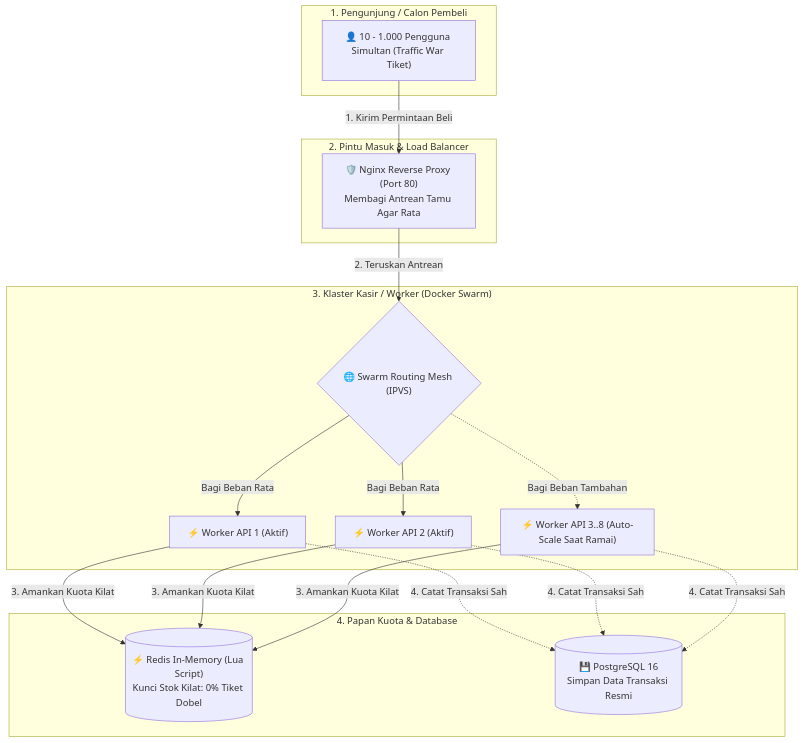
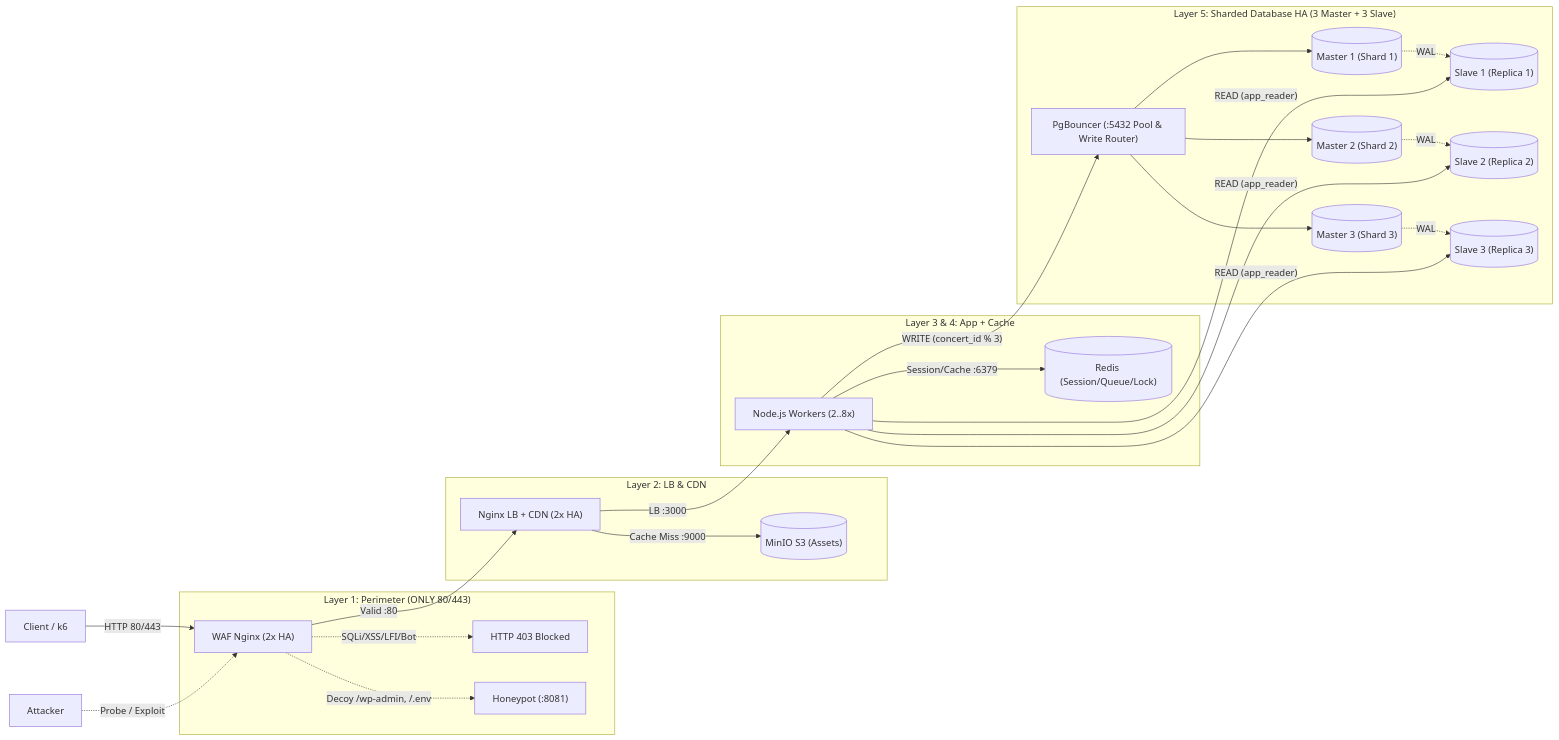
One commit to Cahyooo69/Auto-Scaling-Load-Balancing changed the diagram in README.md. Above: the diagram before and after it, drawn with Mermaid. The commit also changed other lines of this file and 77 other files, not shown here.

First line of the commit message:
feat(architecture): implement 5-layer defense-in-depth with 3-master 3-slave sharding, MinIO CDN, and full audit cleanup

````diff
--- a/README.md
+++ b/README.md
@@ -79,36 +81,44 @@
 ```mermaid
-flowchart TD
-    subgraph Klien["1. Pengunjung / Calon Pembeli"]
-        VU["👤 10 - 1.000 Pengguna Simultan (Traffic War Tiket)"]
+flowchart LR
+    U["Client / k6"] -->|"HTTP 80/443"| WAF
+    ATK["Attacker"] -.->|"Probe / Exploit"| WAF
+
+    subgraph L1["Layer 1: Perimeter (ONLY 80/443)"]
+        WAF["WAF Nginx (2x HA)"]
+        BLK["HTTP 403 Blocked"]
+        HP["Honeypot (:8081)"]
+        WAF -.->|"SQLi/XSS/LFI/Bot"| BLK
+        WAF -.->|"Decoy /wp-admin, /.env"| HP
     end
 
-    subgraph Gerbang["2. Pintu Masuk & Load Balancer"]
-        NGINX["🛡️ Nginx Reverse Proxy (Port 80)<br/>Membagi Antrean Tamu Agar Rata"]
+    subgraph L2["Layer 2: LB & CDN"]
+        NGINX["Nginx LB + CDN (2x HA)"]
+        MINIO[("MinIO S3 (Assets)")]
+        NGINX -->|"Cache Miss :9000"| MINIO
     end
 
-    subgraph KlasterSwarm["3. Klaster Kasir / Worker (Docker Swarm)"]
-        VIP{"🌐 Swarm Routing Mesh (IPVS)"}
-        W1["⚡ Worker API 1 (Aktif)"]
-        W2["⚡ Worker API 2 (Aktif)"]
-        W3["⚡ Worker API 3..8 (Auto-Scale Saat Ramai)"]
+    subgraph L34["Layer 3 & 4: App + Cache"]
+        APP["Node.js Workers (2..8x)"]
+        REDIS[("Redis (Session/Queue/Lock)")]
+        APP -->|"Session/Cache :6379"| REDIS
     end
 
-    subgraph Data["4. Papan Kuota & Database"]
-        REDIS[("⚡ Redis In-Memory (Lua Script)<br/>Kunci Stok Kilat: 0% Tiket Dobel")]
-        DB[("💾 PostgreSQL 16<br/>Simpan Data Transaksi Resmi")]
+    subgraph L5["Layer 5: Sharded Database HA (3 Master + 3 Slave)"]
+        PGB["PgBouncer (:5432 Pool & Write Router)"]
+        M1[("Master 1 (Shard 1)")]
+        S1[("Slave 1 (Replica 1)")]
+        M2[("Master 2 (Shard 2)")]
+        S2[("Slave 2 (Replica 2)")]
+        M3[("Master 3 (Shard 3)")]
+        S3[("Slave 3 (Replica 3)")]
+        PGB --> M1 & M2 & M3
+        M1 -.->|"WAL"| S1
+        M2 -.->|"WAL"| S2
+        M3 -.->|"WAL"| S3
     end
 
-    VU -->|"1. Kirim Permintaan Beli"| NGINX
-    NGINX -->|"2. Teruskan Antrean"| VIP
-    VIP -->|"Bagi Beban Rata"| W1
-    VIP -->|"Bagi Beban Rata"| W2
-    VIP -.->|"Bagi Beban Tambahan"| W3
-
-    W1 -->|"3. Amankan Kuota Kilat"| REDIS
-    W2 -->|"3. Amankan Kuota Kilat"| REDIS
-    W3 -->|"3. Amankan Kuota Kilat"| REDIS
-
-    W1 -.->|"4. Catat Transaksi Sah"| DB
-    W2 -.->|"4. Catat Transaksi Sah"| DB
-    W3 -.->|"4. Catat Transaksi Sah"| DB
+    WAF -->|"Valid :80"| NGINX
+    NGINX -->|"LB :3000"| APP
+    APP -->|"WRITE (concert_id % 3)"| PGB
+    APP -->|"READ (app_reader)"| S1 & S2 & S3
 ```
````
